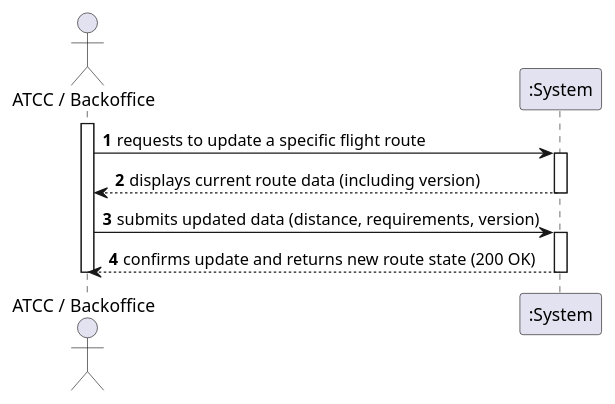
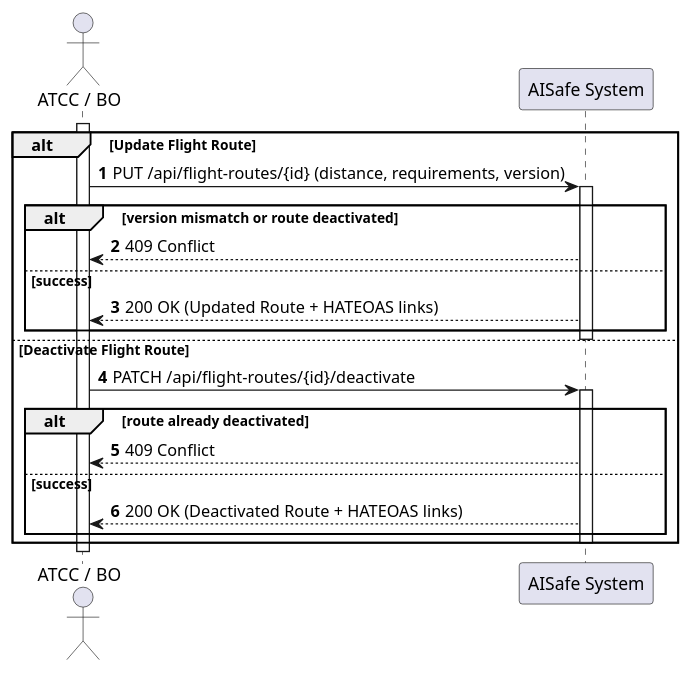
Before and after one commit to Andre-1240567/psoft2026_2DB_1240567_1241013_1240624: the diagram in docs/use-cases/WP#3A/US112/puml/US112-SSD.puml, drawn with PlantUML. The commit also changed 43 other files, not shown here.

```diff
--- a/docs/use-cases/WP#3A/US112/puml/US112-SSD.puml
+++ b/docs/use-cases/WP#3A/US112/puml/US112-SSD.puml
@@ -1,17 +1,30 @@
-@startuml
+@startuml US112-SSD
 autonumber
-actor "ATCC / Backoffice" as Actor
-participant ":System" as System
+actor "ATCC / BO" as Actor
+participant "AISafe System" as System
 
 activate Actor
-Actor -> System: requests to update a specific flight route
-activate System
-System --> Actor: displays current route data (including version)
-deactivate System
 
-Actor -> System: submits updated data (distance, requirements, version)
-activate System
-System --> Actor: confirms update and returns new route state (200 OK)
-deactivate System
+alt Update Flight Route
+    Actor -> System: PUT /api/flight-routes/{id} (distance, requirements, version)
+    activate System
+    alt version mismatch or route deactivated
+        System --> Actor: 409 Conflict
+    else success
+        System --> Actor: 200 OK (Updated Route + HATEOAS links)
+    end
+    deactivate System
+
+else Deactivate Flight Route
+    Actor -> System: PATCH /api/flight-routes/{id}/deactivate
+    activate System
+    alt route already deactivated
+        System --> Actor: 409 Conflict
+    else success
+        System --> Actor: 200 OK (Deactivated Route + HATEOAS links)
+    end
+    deactivate System
+end
+
 deactivate Actor
 @enduml
```
